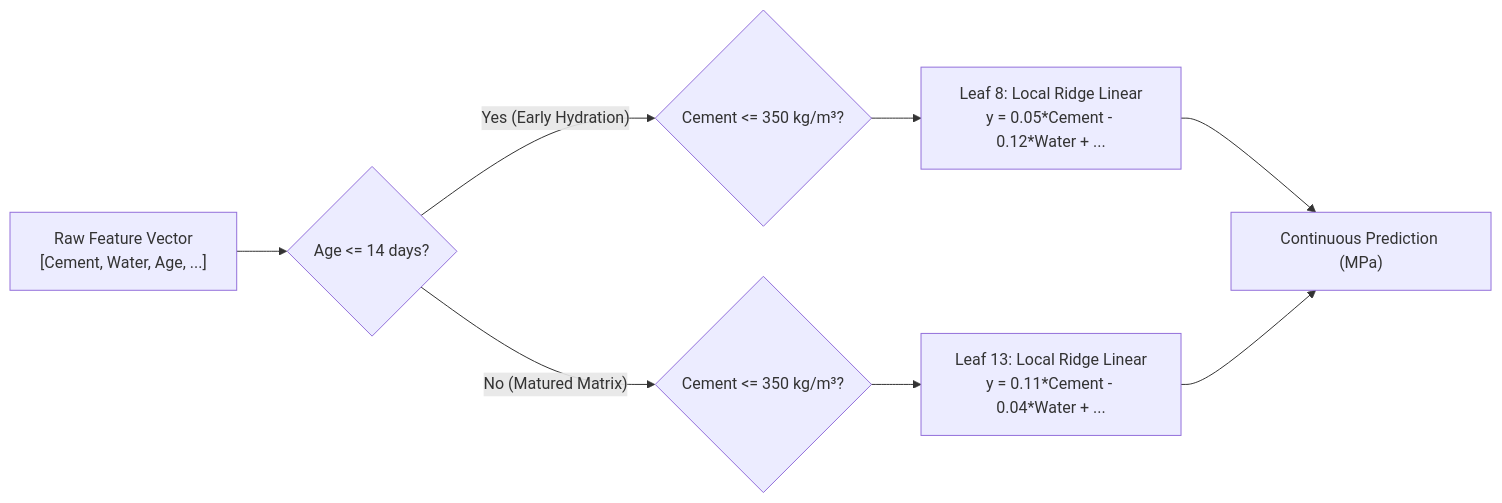
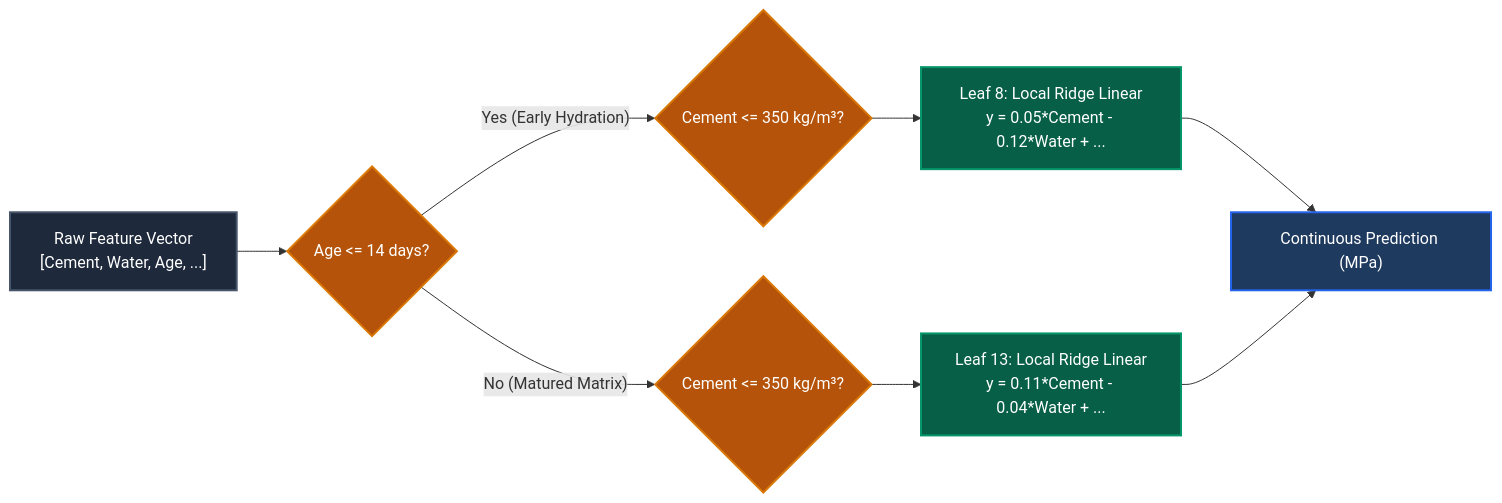
One commit to jkapila/mltreelib changed the diagram in docs/quickstart.md. Above: the diagram before and after it, drawn with Mermaid. The commit also changed 18 other files, not shown here.

Commit message:
docs: add native ModelTree graph, 5-leaf survival profiles, and color palette across all Mermaid diagrams

````diff
--- a/docs/quickstart.md
+++ b/docs/quickstart.md
@@ -19,10 +19,20 @@
 ```mermaid
 flowchart LR
     A["Raw Feature Vector\n[Cement, Water, Age, ...]"] --> B{"Age <= 14 days?"}
     B -- "Yes (Early Hydration)" --> C{"Cement <= 350 kg/m³?"}
     B -- "No (Matured Matrix)" --> D{"Cement <= 350 kg/m³?"}
     C --> E["Leaf 8: Local Ridge Linear\ny = 0.05*Cement - 0.12*Water + ..."]
     D --> F["Leaf 13: Local Ridge Linear\ny = 0.11*Cement - 0.04*Water + ..."]
     E --> G["Continuous Prediction (MPa)"]
     F --> G
+
+    classDef inputBox fill:#1e293b,stroke:#475569,stroke-width:2px,color:#ffffff;
+    classDef splitBox fill:#b45309,stroke:#d97706,stroke-width:2px,color:#ffffff;
+    classDef leafBox fill:#065f46,stroke:#059669,stroke-width:2px,color:#ffffff;
+    classDef outBox fill:#1e3a5f,stroke:#2563eb,stroke-width:2px,color:#ffffff;
+
+    class A inputBox;
+    class B,C,D splitBox;
+    class E,F leafBox;
+    class G outBox;
 ```
````
